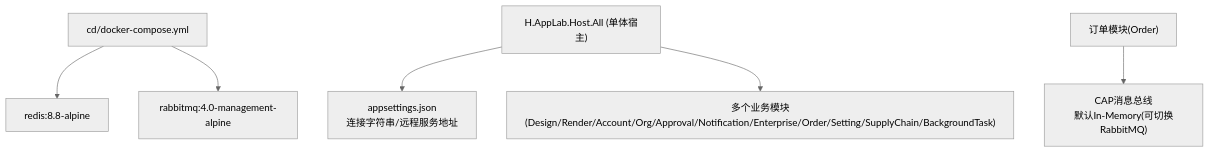
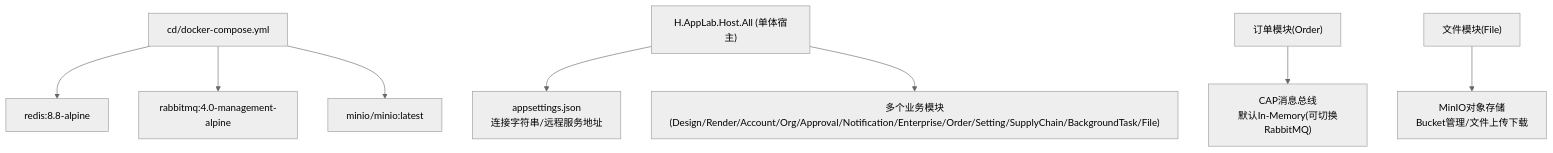
The first of 7 diagrams in .qoder/repowiki/zh/content/部署运维/Docker容器化部署.md (openlowcodelab/lowcode), drawn with Mermaid (neutral theme) before and after one commit. The commit also changed other lines of this file and 24 other files, not shown here.

````diff
--- a/.qoder/repowiki/zh/content/部署运维/Docker容器化部署.md
+++ b/.qoder/repowiki/zh/content/部署运维/Docker容器化部署.md
@@ -36,8 +49,10 @@
 ```mermaid
 graph TB
 A["cd/docker-compose.yml"] --> B["redis:8.8-alpine"]
 A --> C["rabbitmq:4.0-management-alpine"]
-D["H.AppLab.Host.All (单体宿主)"] --> E["appsettings.json<br/>连接字符串/远程服务地址"]
-D --> F["多个业务模块(Design/Render/Account/Org/Approval/Notification/Enterprise/Order/Setting/SupplyChain/BackgroundTask)"]
-G["订单模块(Order)"] --> H["CAP消息总线<br/>默认In-Memory(可切换RabbitMQ)"]
+A --> D["minio/minio:latest"]
+E["H.AppLab.Host.All (单体宿主)"] --> F["appsettings.json<br/>连接字符串/远程服务地址"]
+E --> G["多个业务模块(Design/Render/Account/Org/Approval/Notification/Enterprise/Order/Setting/SupplyChain/BackgroundTask/File)"]
+H["订单模块(Order)"] --> I["CAP消息总线<br/>默认In-Memory(可切换RabbitMQ)"]
+J["文件模块(File)"] --> K["MinIO对象存储<br/>Bucket管理/文件上传下载"]
 ```
````
